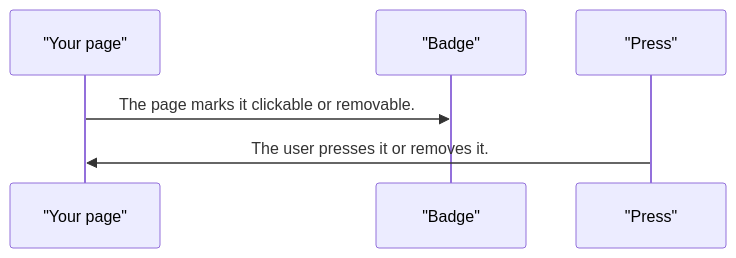
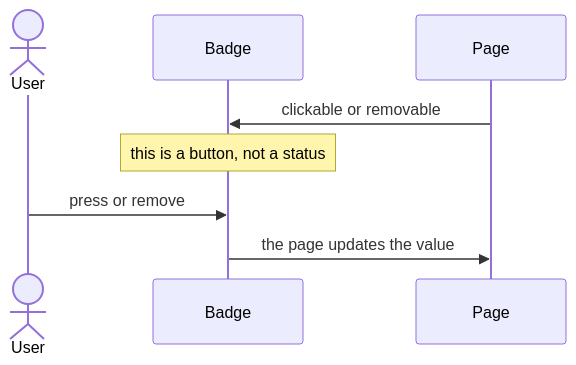
The third of 3 diagrams in projects/pixel-ui/src/lib/pixel-badge/DESIGN.md (RajshekharBorate/pixel-ui), drawn with Mermaid before and after one commit. The commit also changed other lines of this file and 73 other files, not shown here.

Commit message:
Explain who owns each value and what each flow does in every component and service design.

````diff
--- a/projects/pixel-ui/src/lib/pixel-badge/DESIGN.md
+++ b/projects/pixel-ui/src/lib/pixel-badge/DESIGN.md
@@ -60,8 +77,10 @@
 ```mermaid
 sequenceDiagram
-  participant page as "Your page"
-  participant badge as "Badge"
-  participant press as "Press"
-  page->>badge: The page marks it clickable or removable.
-  press->>page: The user presses it or removes it.
+  actor User
+  participant Badge
+  participant Page
+  Page->>Badge: clickable or removable
+  Note over Badge: this is a button, not a status
+  User->>Badge: press or remove
+  Badge->>Page: the page updates the value
 ```
````
